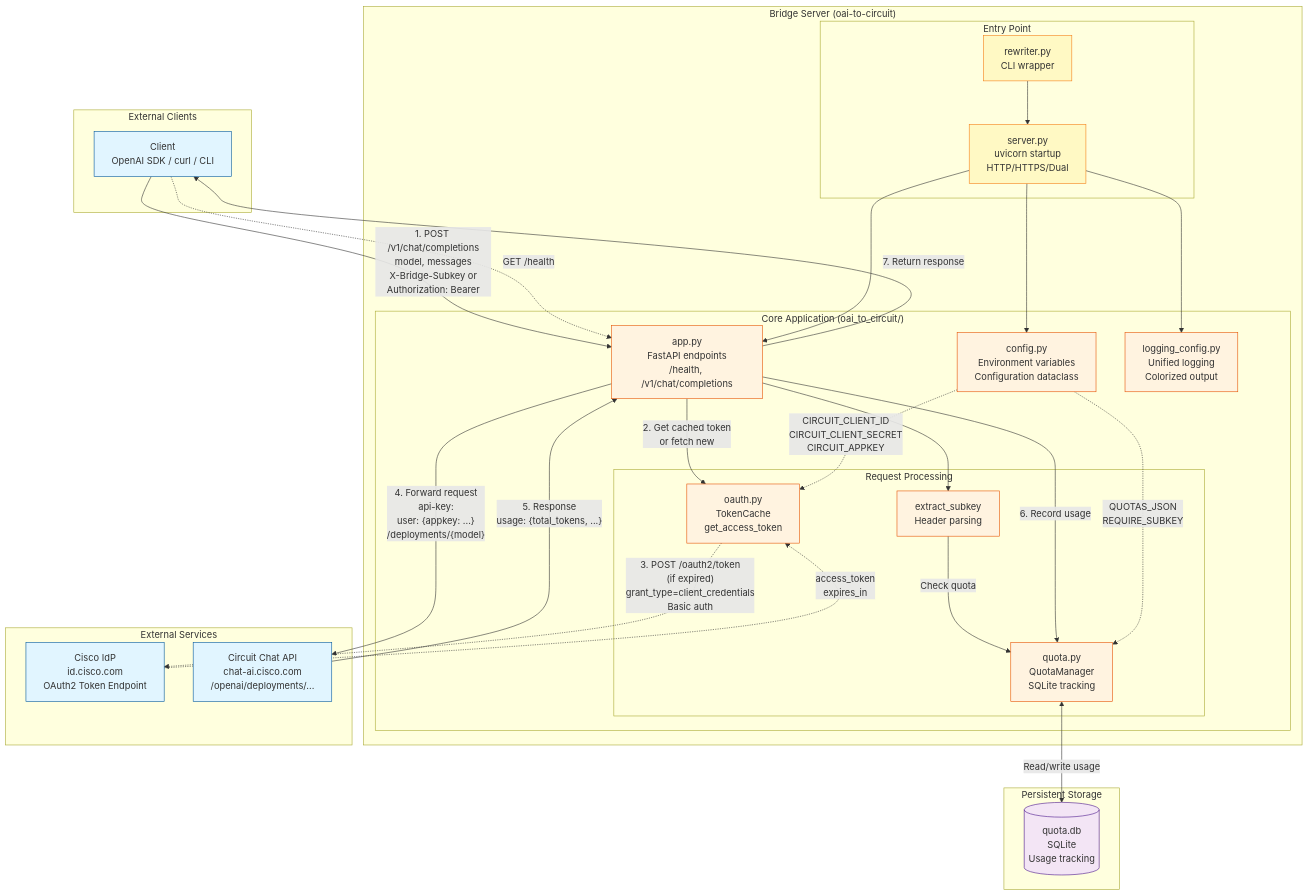
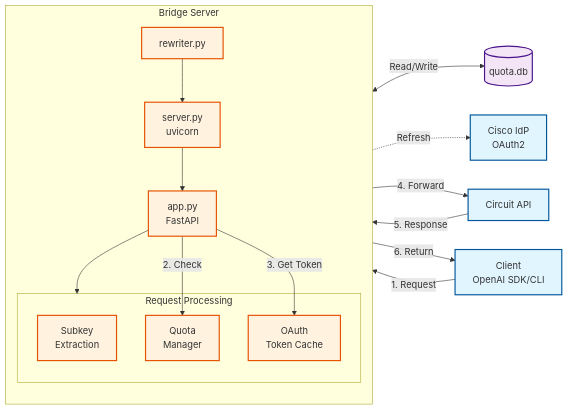
Before and after one commit to dconnett-splunk/oai-to-circuit: the diagram in ARCHITECTURE.md, drawn with Mermaid.

Commit message:
Refactor architecture diagram for clarity and conciseness
- Simplify component names and relationships Use
- flowchart syntax and regroup elements for
- readability Remove excessive implementation
- details from the diagram

````diff
--- a/ARCHITECTURE.md
+++ b/ARCHITECTURE.md
@@ -15,69 +15,41 @@
 ```mermaid
-graph TB
-    subgraph "External Clients"
-        Client[Client<br/>OpenAI SDK / curl / CLI]
+flowchart LR
+    Client[Client<br/>OpenAI SDK/CLI]
+    
+    subgraph Bridge["Bridge Server"]
+        direction TB
+        Entry[rewriter.py]
+        Server[server.py<br/>uvicorn]
+        App[app.py<br/>FastAPI]
+        
+        subgraph Processing["Request Processing"]
+            Subkey[Subkey<br/>Extraction]
+            Quota[Quota<br/>Manager]
+            OAuth[OAuth<br/>Token Cache]
+        end
+        
+        Entry --> Server --> App
+        App --> Processing
     end
     
-    subgraph "Bridge Server (oai-to-circuit)"
-        subgraph "Entry Point"
-            Rewriter[rewriter.py<br/>CLI wrapper]
-            Server[server.py<br/>uvicorn startup<br/>HTTP/HTTPS/Dual]
-        end
-        
-        subgraph "Core Application (oai_to_circuit/)"
-            App[app.py<br/>FastAPI endpoints<br/>/health, /v1/chat/completions]
-            Config[config.py<br/>Environment variables<br/>Configuration dataclass]
-            Logging[logging_config.py<br/>Unified logging<br/>Colorized output]
-            
-            subgraph "Request Processing"
-                SubkeyExtract[extract_subkey<br/>Header parsing]
-                QuotaMgr[quota.py<br/>QuotaManager<br/>SQLite tracking]
-                OAuth[oauth.py<br/>TokenCache<br/>get_access_token]
-            end
-        end
-    end
+    QuotaDB[(quota.db)]
+    IdP[Cisco IdP<br/>OAuth2]
+    Circuit[Circuit API]
     
-    subgraph "External Services"
-        IdP[Cisco IdP<br/>id.cisco.com<br/>OAuth2 Token Endpoint]
-        Circuit[Circuit Chat API<br/>chat-ai.cisco.com<br/>/openai/deployments/...]
-    end
+    Client -->|1. Request| App
+    App -->|2. Check| Quota
+    Quota <-->|Read/Write| QuotaDB
+    App -->|3. Get Token| OAuth
+    OAuth -.->|Refresh| IdP
+    App -->|4. Forward| Circuit
+    Circuit -->|5. Response| App
+    App -->|6. Return| Client
     
-    subgraph "Persistent Storage"
-        QuotaDB[(quota.db<br/>SQLite<br/>Usage tracking)]
-    end
-    
-    Client -->|"1. POST /v1/chat/completions<br/>model, messages<br/>X-Bridge-Subkey or<br/>Authorization: Bearer"| App
-    Client -.->|"GET /health"| App
-    
-    Rewriter --> Server
-    Server --> App
-    Server --> Config
-    Server --> Logging
-    
-    App --> SubkeyExtract
-    SubkeyExtract -->|"Check quota"| QuotaMgr
-    QuotaMgr <-->|"Read/write usage"| QuotaDB
-    
-    App -->|"2. Get cached token<br/>or fetch new"| OAuth
-    OAuth -.->|"3. POST /oauth2/token<br/>(if expired)<br/>grant_type=client_credentials<br/>Basic auth"| IdP
-    IdP -.->|"access_token<br/>expires_in"| OAuth
-    
-    App -->|"4. Forward request<br/>api-key: <token><br/>user: {appkey: ...}<br/>/deployments/{model}"| Circuit
-    Circuit -->|"5. Response<br/>usage: {total_tokens, ...}"| App
-    
-    App -->|"6. Record usage"| QuotaMgr
-    App -->|"7. Return response"| Client
-    
-    Config -.->|"CIRCUIT_CLIENT_ID<br/>CIRCUIT_CLIENT_SECRET<br/>CIRCUIT_APPKEY"| OAuth
-    Config -.->|"QUOTAS_JSON<br/>REQUIRE_SUBKEY"| QuotaMgr
-    
-    classDef external fill:#e1f5ff,stroke:#01579b
-    classDef bridge fill:#fff3e0,stroke:#e65100
-    classDef storage fill:#f3e5f5,stroke:#4a148c
-    classDef entrypoint fill:#fff9c4,stroke:#f57f17
+    classDef external fill:#e1f5ff,stroke:#01579b,stroke-width:2px
+    classDef internal fill:#fff3e0,stroke:#e65100,stroke-width:2px
+    classDef data fill:#f3e5f5,stroke:#4a148c,stroke-width:2px
     
     class Client,IdP,Circuit external
-    class App,Config,Logging,SubkeyExtract,QuotaMgr,OAuth bridge
-    class QuotaDB storage
-    class Rewriter,Server entrypoint
+    class Entry,Server,App,Subkey,Quota,OAuth internal
+    class QuotaDB data
 ```
````
